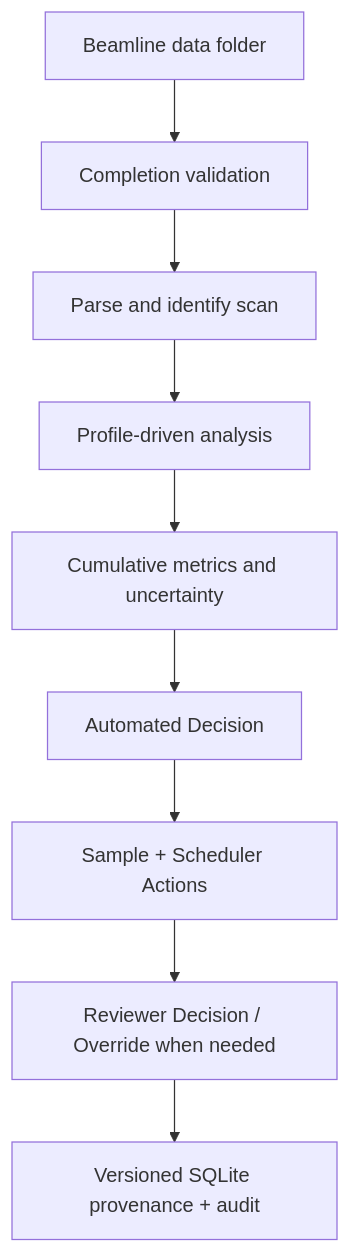
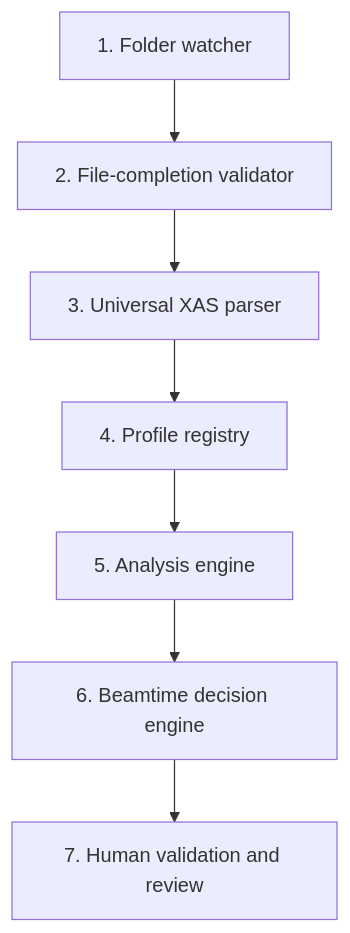
The diagram in README.md (gchunhao/Real-time-xas-beamtime-decision), drawn with Mermaid before and after one commit. The commit also changed other lines of this file, not shown here.

Commit message:
Restructure README around beamtime problem, architecture, and extensibility

````diff
--- a/README.md
+++ b/README.md
@@ -25,11 +73,9 @@
 ```mermaid
 flowchart TD
-    A[Beamline data folder] --> B[Completion validation]
-    B --> C[Parse and identify scan]
-    C --> D[Profile-driven analysis]
-    D --> E[Cumulative metrics and uncertainty]
-    E --> F[Automated Decision]
-    F --> G[Sample + Scheduler Actions]
-    G --> H[Reviewer Decision / Override when needed]
-    H --> I[Versioned SQLite provenance + audit]
+    A["1. Folder watcher"] --> B["2. File-completion validator"]
+    B --> C["3. Universal XAS parser"]
+    C --> D["4. Profile registry"]
+    D --> E["5. Analysis engine"]
+    E --> F["6. Beamtime decision engine"]
+    F --> G["7. Human validation and review"]
 ```
````
